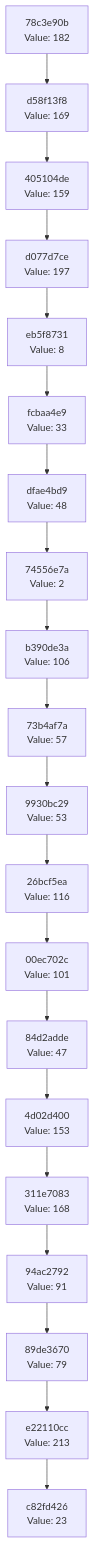
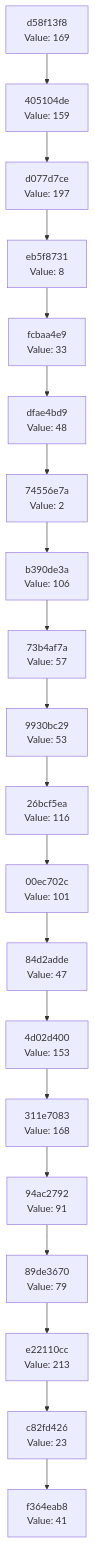
One commit to Abhisheksinha1506/hash-chain-evolver changed the diagram in docs/CHAIN_VISUALIZATION.md. Above: the diagram before and after it, drawn with Mermaid. The commit also changed 1 other file, not shown here.

Commit message:
Evolution step: hash 0x29 → action executed

````diff
--- a/docs/CHAIN_VISUALIZATION.md
+++ b/docs/CHAIN_VISUALIZATION.md
@@ -3,42 +3,42 @@
 ```mermaid
 graph TD
-    C0["c82fd426<br/>Value: 23"]
-    C1["e22110cc<br/>Value: 213"]
+    C0["f364eab8<br/>Value: 41"]
+    C1["c82fd426<br/>Value: 23"]
     C1 --> C0
-    C2["89de3670<br/>Value: 79"]
+    C2["e22110cc<br/>Value: 213"]
     C2 --> C1
-    C3["94ac2792<br/>Value: 91"]
+    C3["89de3670<br/>Value: 79"]
     C3 --> C2
-    C4["311e7083<br/>Value: 168"]
+    C4["94ac2792<br/>Value: 91"]
     C4 --> C3
-    C5["4d02d400<br/>Value: 153"]
+    C5["311e7083<br/>Value: 168"]
     C5 --> C4
-    C6["84d2adde<br/>Value: 47"]
+    C6["4d02d400<br/>Value: 153"]
     C6 --> C5
-    C7["00ec702c<br/>Value: 101"]
+    C7["84d2adde<br/>Value: 47"]
     C7 --> C6
-    C8["26bcf5ea<br/>Value: 116"]
+    C8["00ec702c<br/>Value: 101"]
     C8 --> C7
-    C9["9930bc29<br/>Value: 53"]
+    C9["26bcf5ea<br/>Value: 116"]
     C9 --> C8
-    C10["73b4af7a<br/>Value: 57"]
+    C10["9930bc29<br/>Value: 53"]
     C10 --> C9
-    C11["b390de3a<br/>Value: 106"]
+    C11["73b4af7a<br/>Value: 57"]
     C11 --> C10
-    C12["74556e7a<br/>Value: 2"]
+    C12["b390de3a<br/>Value: 106"]
     C12 --> C11
-    C13["dfae4bd9<br/>Value: 48"]
+    C13["74556e7a<br/>Value: 2"]
     C13 --> C12
-    C14["fcbaa4e9<br/>Value: 33"]
+    C14["dfae4bd9<br/>Value: 48"]
     C14 --> C13
-    C15["eb5f8731<br/>Value: 8"]
+    C15["fcbaa4e9<br/>Value: 33"]
     C15 --> C14
-    C16["d077d7ce<br/>Value: 197"]
+    C16["eb5f8731<br/>Value: 8"]
     C16 --> C15
-    C17["405104de<br/>Value: 159"]
+    C17["d077d7ce<br/>Value: 197"]
     C17 --> C16
-    C18["d58f13f8<br/>Value: 169"]
+    C18["405104de<br/>Value: 159"]
     C18 --> C17
-    C19["78c3e90b<br/>Value: 182"]
+    C19["d58f13f8<br/>Value: 169"]
     C19 --> C18
 ```
````
